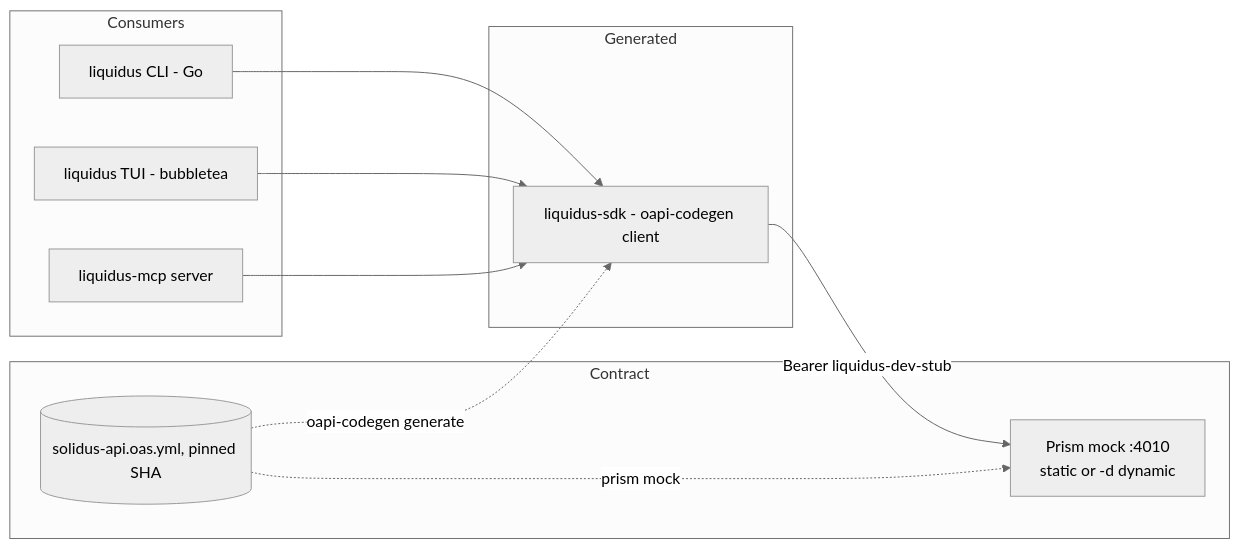
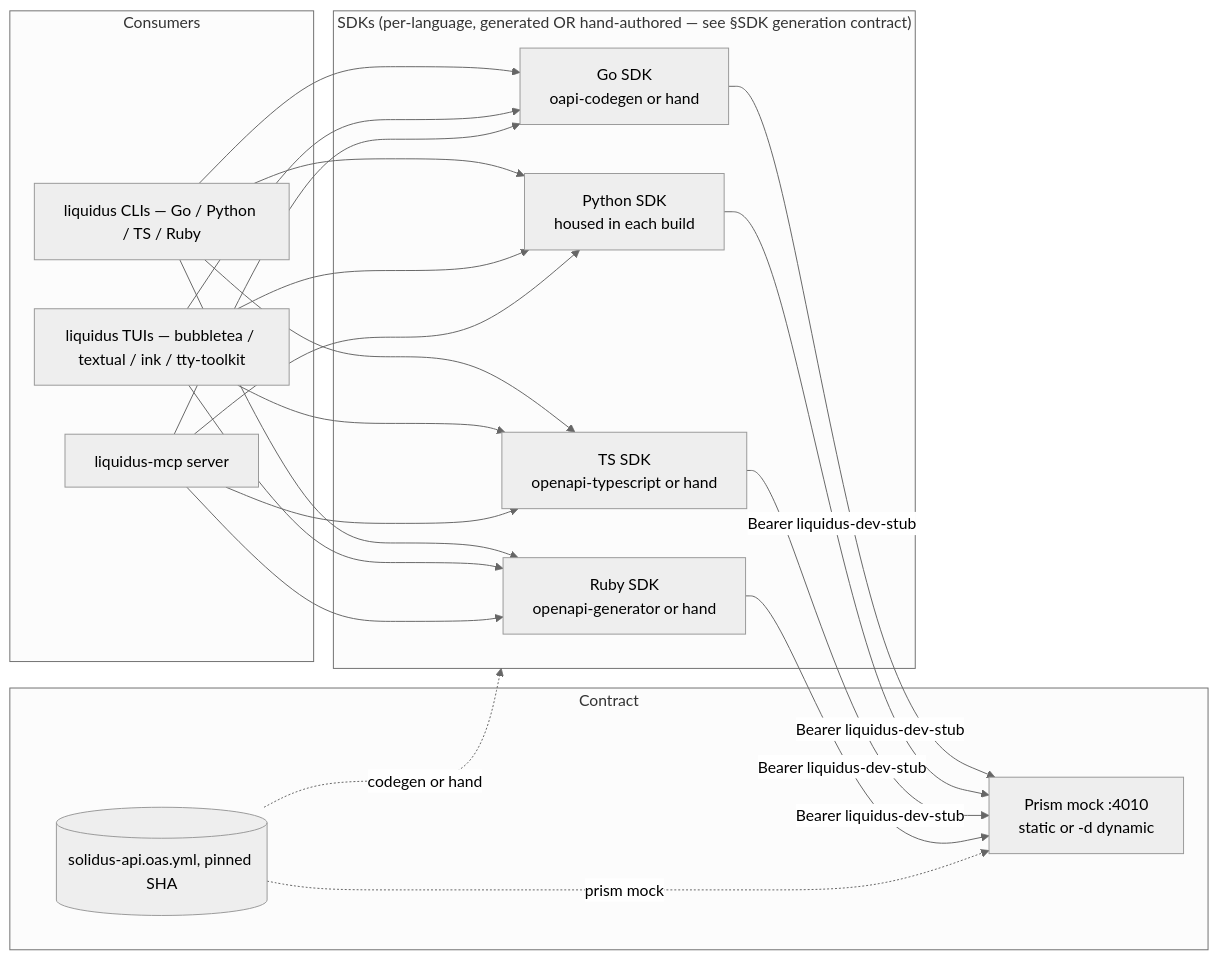
The first of 4 diagrams in spec.org (aygp-dr/liquidus), drawn with Mermaid (neutral theme) before and after one commit. The commit also changed other lines of this file and 1 other file, not shown here.

Commit message:
docs(spec): v1.3 — fold liquidus-004 (TS commander) feedback (MINOR)
MINOR revision (v1.2 → v1.3). Additive.

Additions:
- §SDK generation contract: any of oapi-codegen (Go), openapi-typescript
  (TS), openapi-python-client (Python), openapi-generator (Ruby) OR
  hand-authored SDK is acceptable. What is normative is the interface,
  not the generator.
- §Boundary diagram redrawn: N language-specific SDK boxes instead of
  a single Go SDK. Removes the lie that the Go SDK was universal.
- F1 tightened: response body MUST parse as JSON (Prism emits JSON;
  non-JSON success is a fixture failure). Consumers can rely on it.

```diff
--- a/spec.org
+++ b/spec.org
@@ -27,21 +27,27 @@
 #+begin_src mermaid :file diagrams/liquidus-boundary.svg
 flowchart LR
   subgraph Consumers
-    CLI[liquidus CLI - Go]
-    TUI[liquidus TUI - bubbletea]
+    CLI[liquidus CLIs — Go / Python / TS / Ruby]
+    TUI[liquidus TUIs — bubbletea / textual / ink / tty-toolkit]
     MCP[liquidus-mcp server]
   end
-  subgraph Generated
-    SDK[liquidus-sdk - oapi-codegen client]
+  subgraph SDKs["SDKs (per-language, generated OR hand-authored — see §SDK generation contract)"]
+    SDK_GO[Go SDK\noapi-codegen or hand]
+    SDK_PY[Python SDK\nhoused in each build]
+    SDK_TS[TS SDK\nopenapi-typescript or hand]
+    SDK_RB[Ruby SDK\nopenapi-generator or hand]
   end
   subgraph Contract
     SPEC[(solidus-api.oas.yml, pinned SHA)]
     PRISM[Prism mock :4010\nstatic or -d dynamic]
   end
-  CLI --> SDK
-  TUI --> SDK
-  MCP --> SDK
-  SDK -->|Bearer liquidus-dev-stub| PRISM
+  CLI --> SDK_GO & SDK_PY & SDK_TS & SDK_RB
+  TUI --> SDK_GO & SDK_PY & SDK_TS & SDK_RB
+  MCP --> SDK_GO & SDK_PY & SDK_TS & SDK_RB
+  SDK_GO -->|Bearer liquidus-dev-stub| PRISM
+  SDK_PY -->|Bearer liquidus-dev-stub| PRISM
+  SDK_TS -->|Bearer liquidus-dev-stub| PRISM
+  SDK_RB -->|Bearer liquidus-dev-stub| PRISM
   SPEC -.->|prism mock| PRISM
-  SPEC -.->|oapi-codegen generate| SDK
+  SPEC -.->|codegen or hand| SDKs
 #+end_src
```
